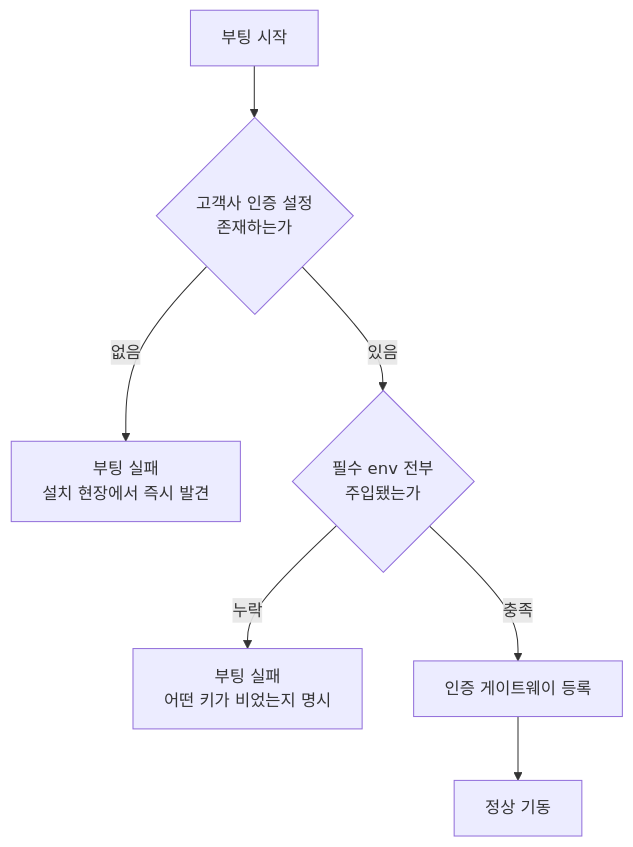
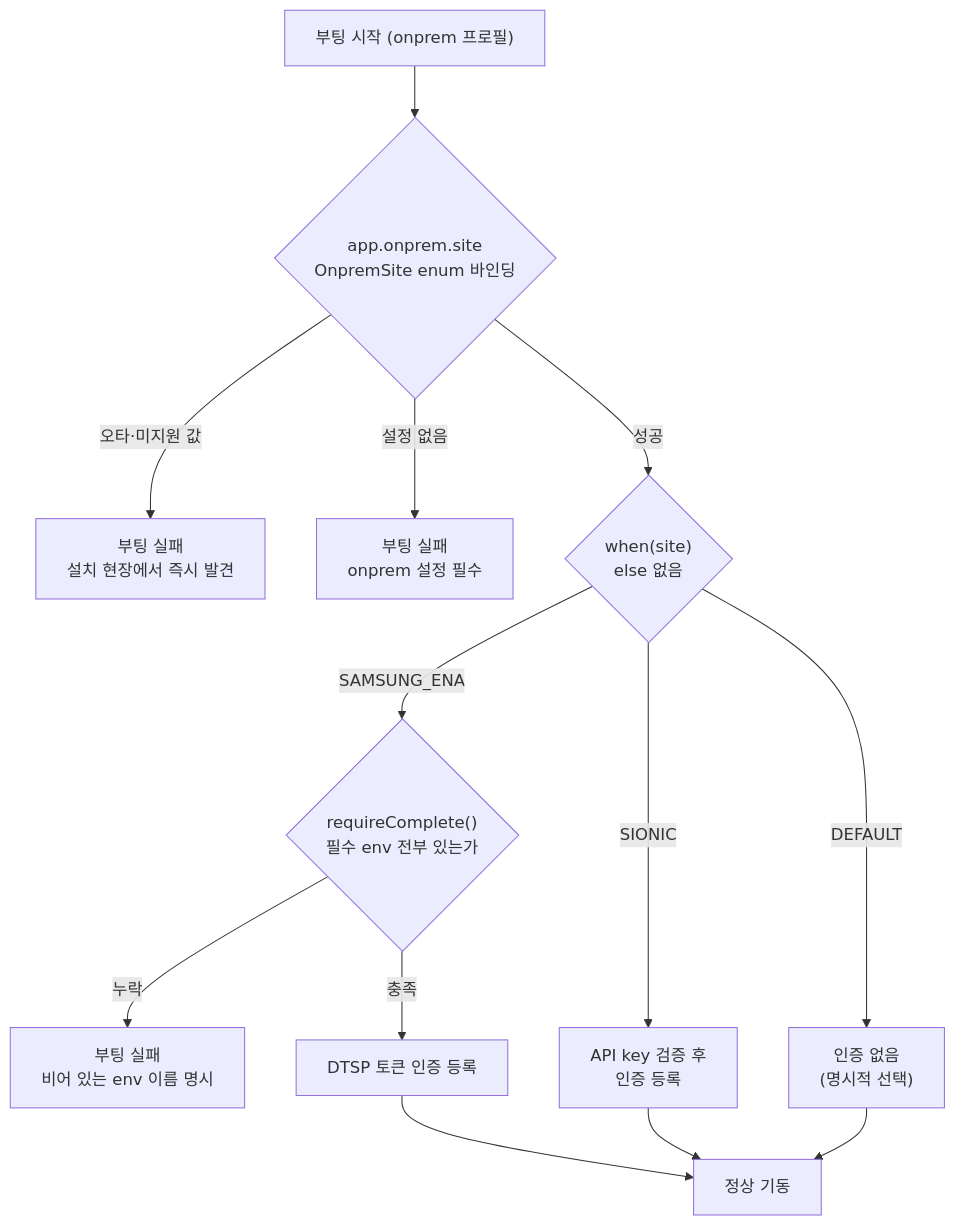
Before and after one commit to jaenam615/portfolio: the diagram in diagrams/SionicAI/onprem-failfast/boot-flow.mmd, drawn with Mermaid. The commit also changed 2 other files, not shown here.

```diff
--- a/diagrams/SionicAI/onprem-failfast/boot-flow.mmd
+++ b/diagrams/SionicAI/onprem-failfast/boot-flow.mmd
@@ -1,7 +1,13 @@
 flowchart TD
-    A[부팅 시작] --> B{고객사 인증 설정<br/>존재하는가}
-    B -- 없음 --> F1[부팅 실패<br/>설치 현장에서 즉시 발견]
-    B -- 있음 --> C{필수 env 전부<br/>주입됐는가}
-    C -- 누락 --> F2[부팅 실패<br/>어떤 키가 비었는지 명시]
-    C -- 충족 --> D[인증 게이트웨이 등록]
-    D --> E[정상 기동]
+    A["부팅 시작 (onprem 프로필)"] --> B{"app.onprem.site<br/>OnpremSite enum 바인딩"}
+    B -- "오타·미지원 값" --> F1["부팅 실패<br/>설치 현장에서 즉시 발견"]
+    B -- "설정 없음" --> F0["부팅 실패<br/>onprem 설정 필수"]
+    B -- "성공" --> C{"when(site)<br/>else 없음"}
+    C -- "SAMSUNG_ENA" --> D{"requireComplete()<br/>필수 env 전부 있는가"}
+    C -- "SIONIC" --> S["API key 검증 후<br/>인증 등록"]
+    C -- "DEFAULT" --> N["인증 없음<br/>(명시적 선택)"]
+    D -- "누락" --> F2["부팅 실패<br/>비어 있는 env 이름 명시"]
+    D -- "충족" --> G["DTSP 토큰 인증 등록"]
+    G --> E["정상 기동"]
+    S --> E
+    N --> E
```
